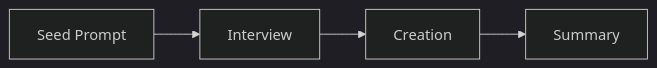
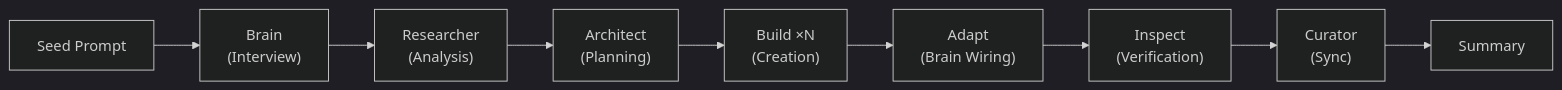
One commit to awieczork/vscode-agentic-workflow changed the first of 4 diagrams in .github/decisions/generation-workflow-model.md. Above: the diagram before and after it, drawn with Mermaid (dark theme). The commit also changed other lines of this file and 16 other files, not shown here.

````diff
--- a/.github/decisions/generation-workflow-model.md
+++ b/.github/decisions/generation-workflow-model.md
@@ -10,4 +10,4 @@
 ```mermaid
 flowchart LR
-    SEED["Seed Prompt"] --> INTERVIEW["Interview"] --> CREATION["Creation"] --> SUMMARY["Summary"]
+    SEED["Seed Prompt"] --> BRAIN["Brain\n(Interview)"] --> RESEARCHER["Researcher\n(Analysis)"] --> ARCHITECT["Architect\n(Planning)"] --> BUILD["Build ×N\n(Creation)"] --> ADAPT["Adapt\n(Brain Wiring)"] --> INSPECT["Inspect\n(Verification)"] --> CURATOR["Curator\n(Sync)"] --> SUMMARY["Summary"]
 ```
````
